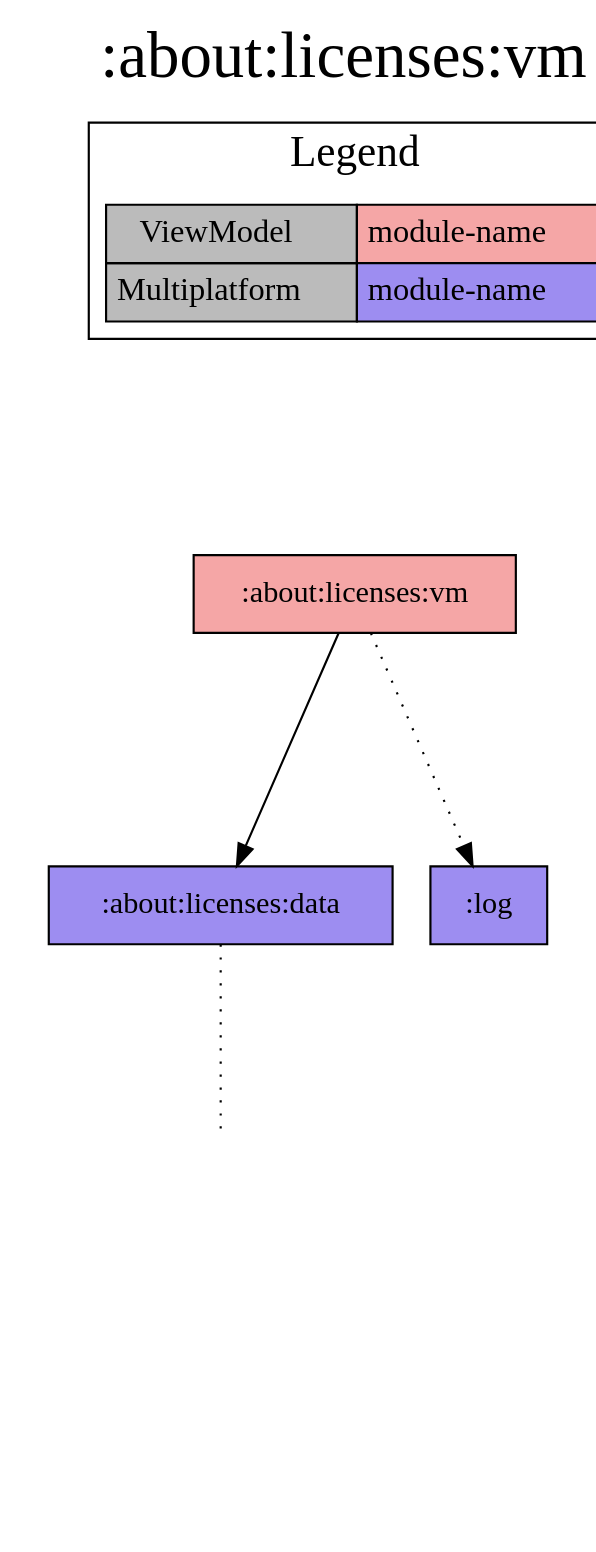
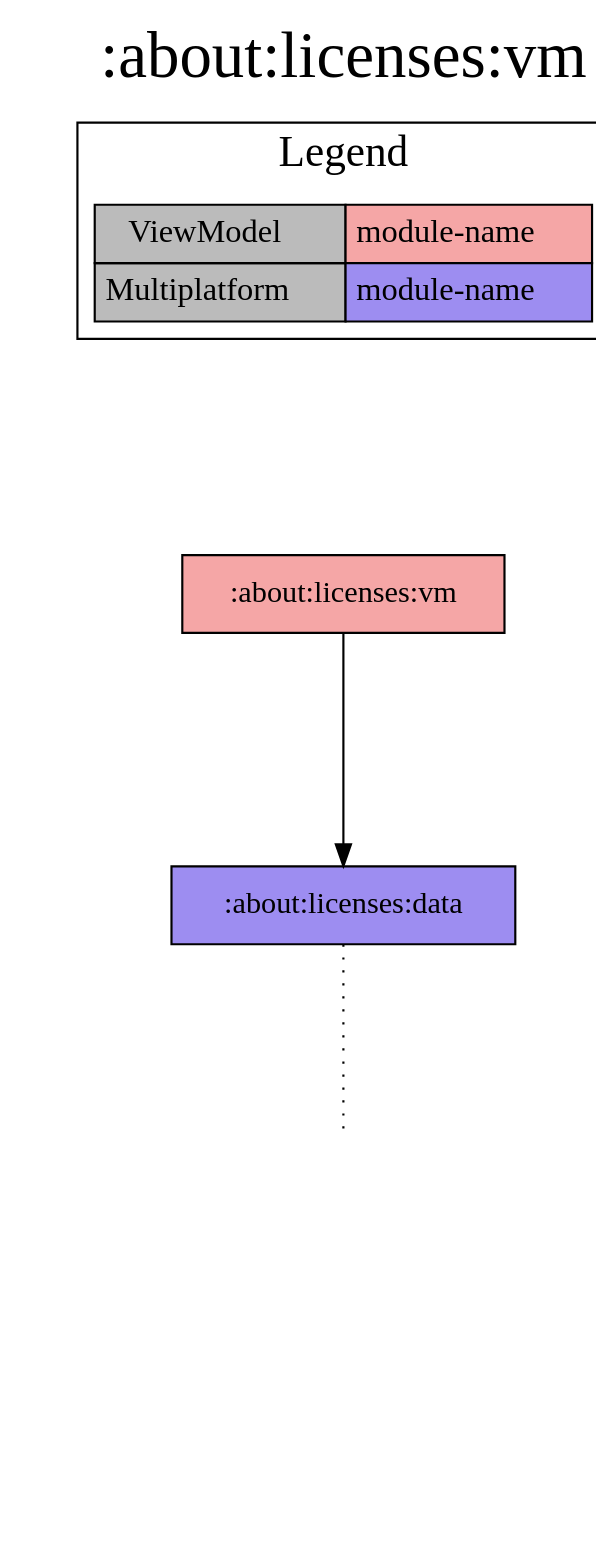
The diagram in modules/about/licenses/vm/project-dependency-graph.dot (jonapoul/aktual), drawn with Graphviz before and after one commit. The commit also changed 113 other files, not shown here.

```diff
--- a/modules/about/licenses/vm/project-dependency-graph.dot
+++ b/modules/about/licenses/vm/project-dependency-graph.dot
@@ -1,28 +1,26 @@
 digraph {
 edge ["dir"="forward"]
 graph ["dpi"="100","label"=":about:licenses:vm","labelloc"="t","fontsize"="30","ranksep"="1.5","rankdir"="TB"]
 node ["style"="filled"]
 ":about:licenses:data" ["fillcolor"="#9D8DF1","shape"="box"]
 ":about:licenses:vm" ["fillcolor"="#F5A6A6","shape"="box"]
 ":budget:model" ["fillcolor"="#9D8DF1","shape"="box"]
 ":core:files" ["fillcolor"="#9D8DF1","shape"="box"]
-":log" ["fillcolor"="#9D8DF1","shape"="box"]
 {
 edge ["dir"="none"]
 graph ["rank"="same"]
 }
 ":about:licenses:data" -> ":core:files" ["style"="dotted"]
 ":about:licenses:vm" -> ":about:licenses:data"
-":about:licenses:vm" -> ":log" ["style"="dotted"]
 ":core:files" -> ":budget:model"
 subgraph "cluster_legend" {
 edge ["dir"="none"]
 graph ["label"="Legend","fontsize"="20"]
 "Legend" ["style"="filled","fillcolor"="#bbbbbb","shape"="none","margin"="0","fontsize"="15","label"=<
 <TABLE BORDER="0" CELLBORDER="1" CELLSPACING="0" CELLPADDING="4">
 <TR><TD>ViewModel</TD><TD BGCOLOR="#F5A6A6">module-name</TD></TR>
 <TR><TD>Multiplatform</TD><TD BGCOLOR="#9D8DF1">module-name</TD></TR>
 </TABLE>
 >]
 } -> ":about:licenses:vm" ["style"="invis"]
 }
```
